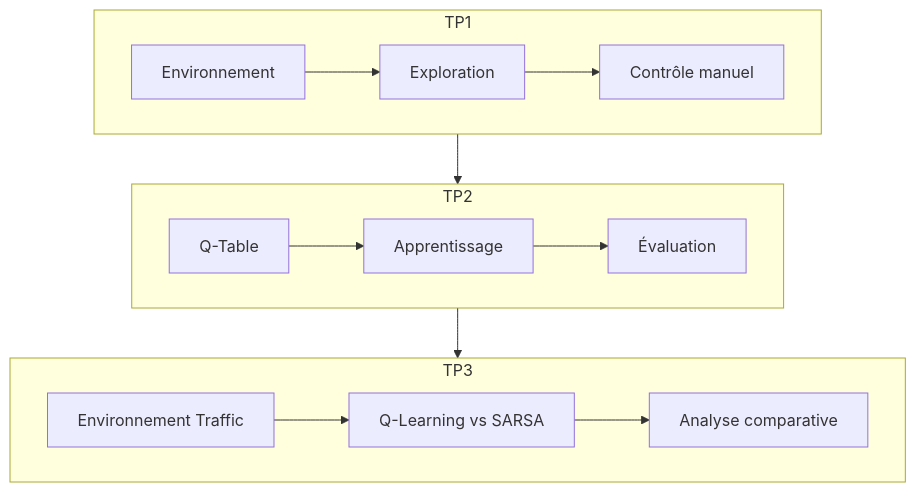
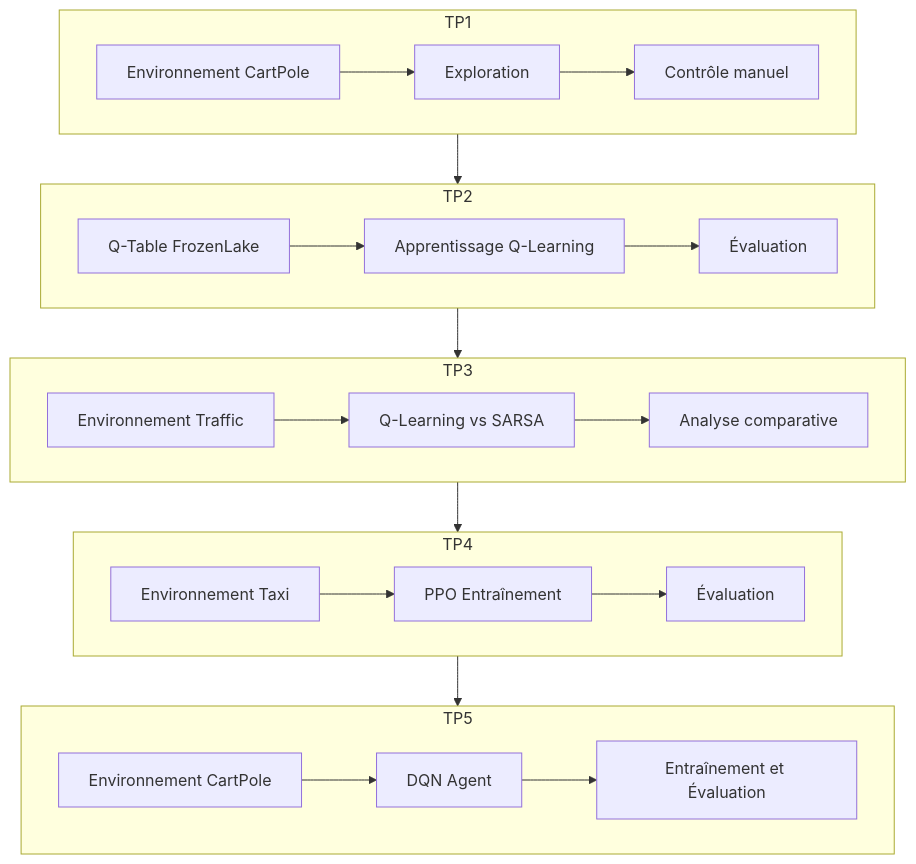
One commit to ennajari/reinforcement-learning changed the sixth of 6 diagrams in README.md. Above: the diagram before and after it, drawn with Mermaid. The commit also changed other lines of this file and 2 other files, not shown here.

````diff
--- a/README.md
+++ b/README.md
@@ -117,19 +877,29 @@
 ```mermaid
 flowchart TB
     subgraph TP1
-    A1[Environnement] --> B1[Exploration]
+    A1[Environnement CartPole] --> B1[Exploration]
     B1 --> C1[Contrôle manuel]
     end
     
     subgraph TP2
-    A2[Q-Table] --> B2[Apprentissage]
+    A2[Q-Table FrozenLake] --> B2[Apprentissage Q-Learning]
     B2 --> C2[Évaluation]
     end
     
     subgraph TP3
     A3[Environnement Traffic] --> B3[Q-Learning vs SARSA]
     B3 --> C3[Analyse comparative]
     end
     
-    TP1 --> TP2 --> TP3
+    subgraph TP4
+    A4[Environnement Taxi] --> B4[PPO Entraînement]
+    B4 --> C4[Évaluation]
+    end
+    
+    subgraph TP5
+    A5[Environnement CartPole] --> B5[DQN Agent]
+    B5 --> C5[Entraînement et Évaluation]
+    end
+    
+    TP1 --> TP2 --> TP3 --> TP4 --> TP5
 ```
````
